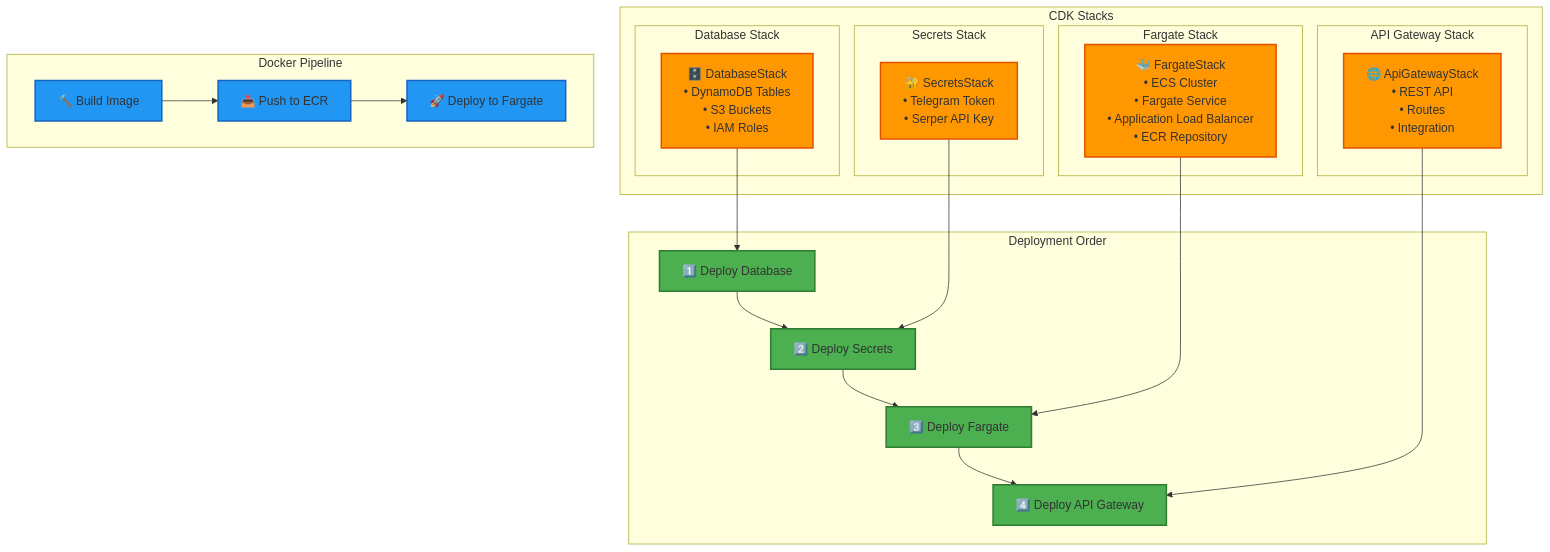
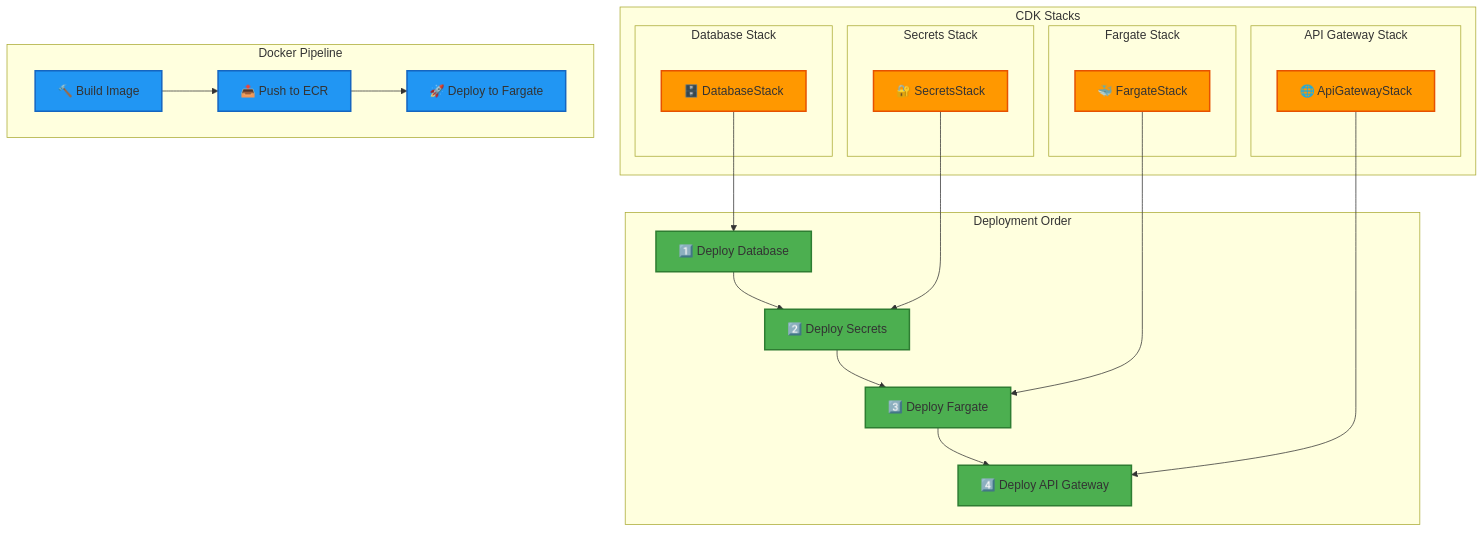
Before and after one commit to OurMultiverseOfMadness/Ctrl-Alt-Heal: the fifth of 5 diagrams in docs/architecture-diagram.md, drawn with Mermaid. The commit also changed other lines of this file and 3 other files, not shown here.

First line of the commit message:
fix: Resolve Mermaid diagram rendering issues across documentation

````diff
--- a/docs/architecture-diagram.md
+++ b/docs/architecture-diagram.md
@@ -300,55 +197,55 @@
 ```mermaid
 graph TB
     subgraph "CDK Stacks"
         subgraph "Database Stack"
-            DB_Stack[🗄️ DatabaseStack<br/>• DynamoDB Tables<br/>• S3 Buckets<br/>• IAM Roles]
+            DB_Stack["🗄️ DatabaseStack"]
         end
 
         subgraph "Secrets Stack"
-            Secrets_Stack[🔐 SecretsStack<br/>• Telegram Token<br/>• Serper API Key]
+            Secrets_Stack["🔐 SecretsStack"]
         end
 
         subgraph "Fargate Stack"
-            Fargate_Stack[🐳 FargateStack<br/>• ECS Cluster<br/>• Fargate Service<br/>• Application Load Balancer<br/>• ECR Repository]
+            Fargate_Stack["🐳 FargateStack"]
         end
 
         subgraph "API Gateway Stack"
-            API_Stack[🌐 ApiGatewayStack<br/>• REST API<br/>• Routes<br/>• Integration]
+            API_Stack["🌐 ApiGatewayStack"]
         end
     end
 
     subgraph "Deployment Order"
-        Step1[1️⃣ Deploy Database]
-        Step2[2️⃣ Deploy Secrets]
-        Step3[3️⃣ Deploy Fargate]
-        Step4[4️⃣ Deploy API Gateway]
+        Step1["1️⃣ Deploy Database"]
+        Step2["2️⃣ Deploy Secrets"]
+        Step3["3️⃣ Deploy Fargate"]
+        Step4["4️⃣ Deploy API Gateway"]
     end
 
     subgraph "Docker Pipeline"
-        Build[🔨 Build Image]
-        Push[📤 Push to ECR]
-        Deploy[🚀 Deploy to Fargate]
+        Build["🔨 Build Image"]
+        Push["📤 Push to ECR"]
+        Deploy["🚀 Deploy to Fargate"]
     end
 
     %% Dependencies
     Step1 --> Step2
     Step2 --> Step3
     Step3 --> Step4
 
     Build --> Push
     Push --> Deploy
 
     DB_Stack --> Step1
     Secrets_Stack --> Step2
     Fargate_Stack --> Step3
     API_Stack --> Step4
 
     %% Styling
     classDef stack fill:#ff9800,stroke:#e65100,stroke-width:2px
     classDef step fill:#4caf50,stroke:#2e7d32,stroke-width:2px
     classDef pipeline fill:#2196f3,stroke:#1565c0,stroke-width:2px
 
     class DB_Stack,Secrets_Stack,Fargate_Stack,API_Stack stack
     class Step1,Step2,Step3,Step4 step
     class Build,Push,Deploy pipeline
 ```
````
